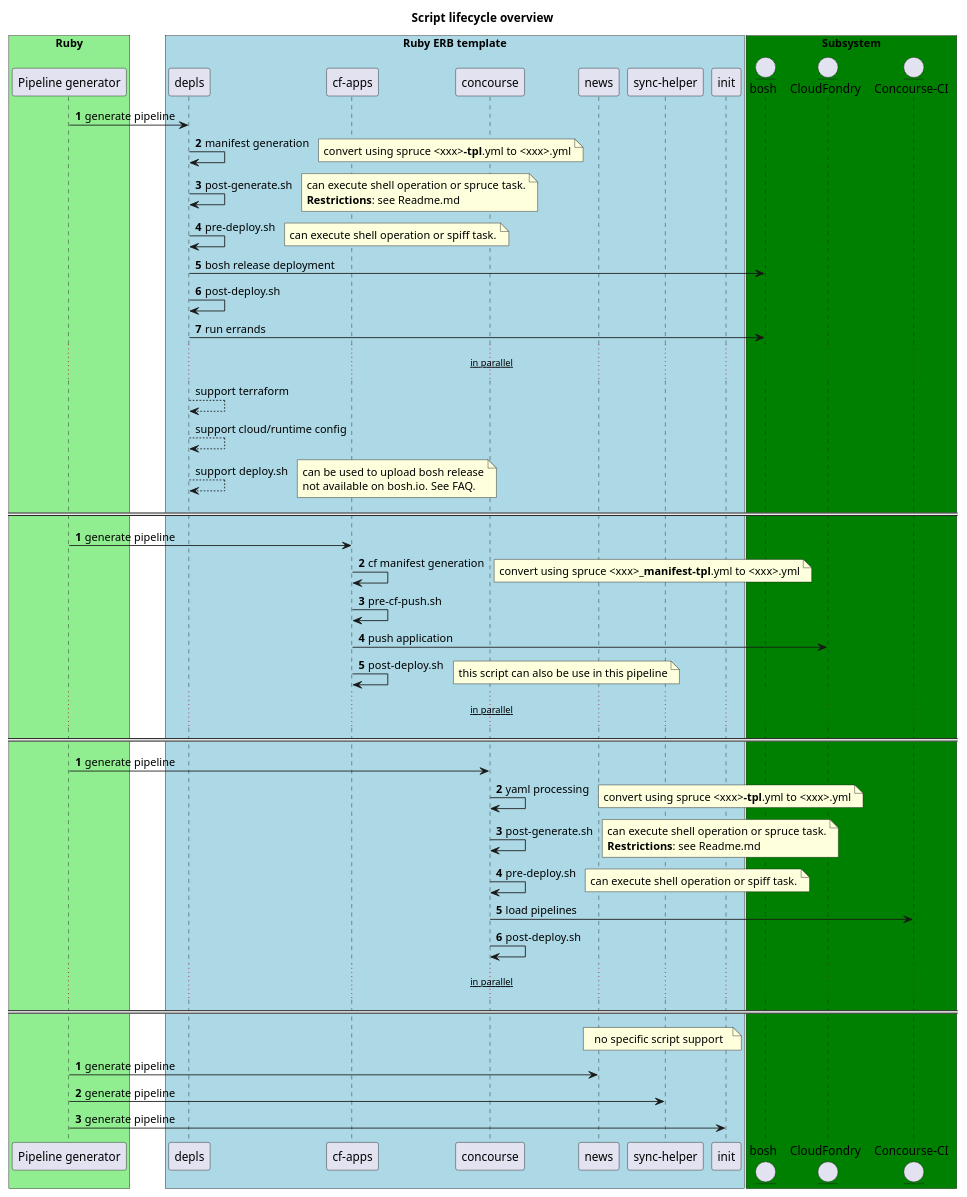
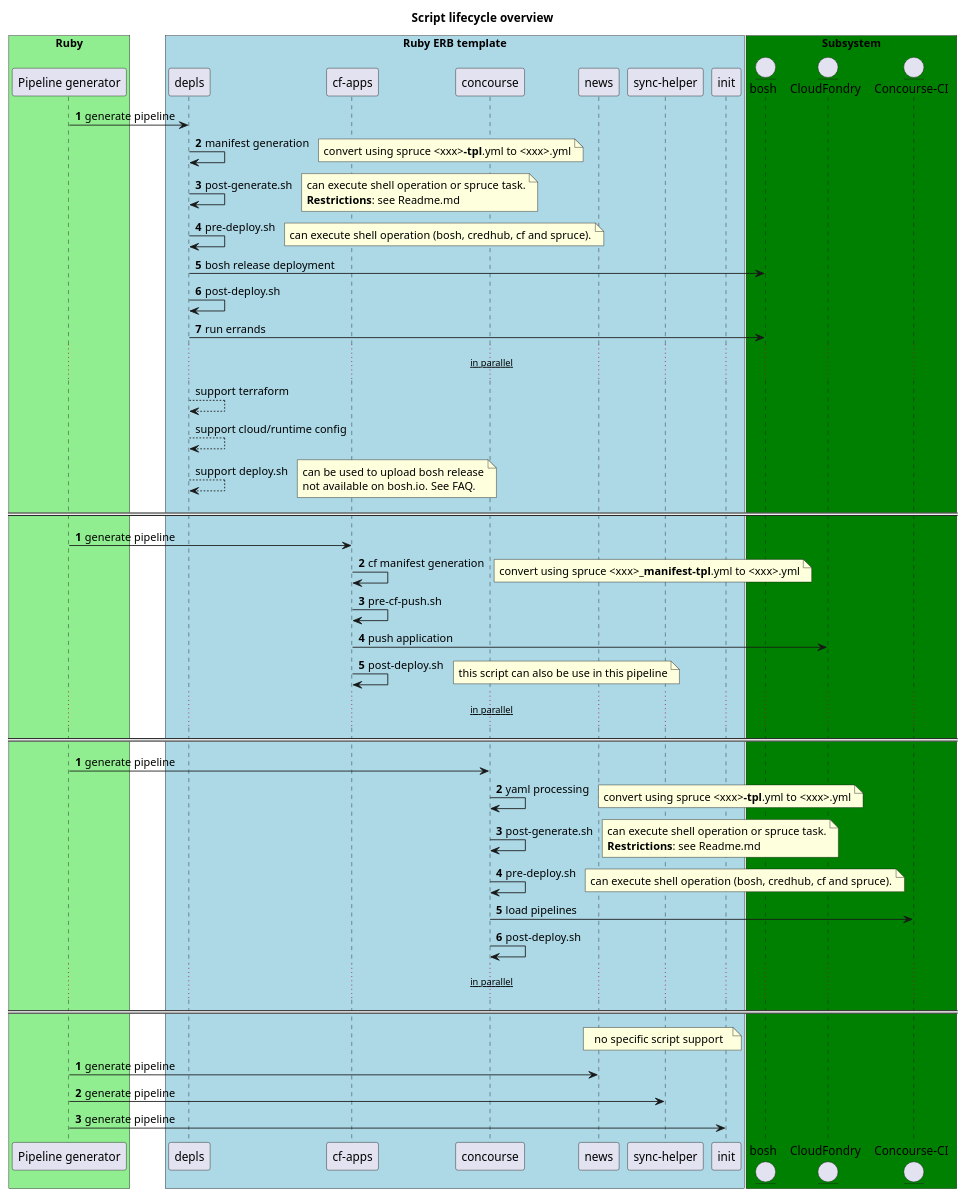
The diagram in docs/script-lifecycle-overview.puml (orange-cloudfoundry/cf-ops-automation), drawn with PlantUML before and after one commit. The commit also changed 9 other files, not shown here.

```diff
--- a/docs/script-lifecycle-overview.puml
+++ b/docs/script-lifecycle-overview.puml
@@ -1,94 +1,94 @@
 @startuml
 title
  Script lifecycle overview
 end title
 box "Ruby" #LightGreen
 	participant "Pipeline generator" as generator
 end box
 
 box "Ruby ERB template" #LightBlue
 	participant depls
 	participant "cf-apps"
 	participant concourse
 	participant news
 	participant "sync-helper"
 	participant init
 end box
 
 box "Subsystem" #Green
 	entity bosh
 	entity CloudFondry as CF
 	entity "Concourse-CI" as CI
 end box
 autonumber
 
 generator -> depls: generate pipeline
 depls -> depls: manifest generation
     note right: convert using spruce <xxx>**-tpl**.yml to <xxx>.yml
  
 depls -> depls: post-generate.sh
     note right
      can execute shell operation or spruce task.
      **Restrictions**: see Readme.md
     end note
 depls -> depls:  pre-deploy.sh
-    note right: can execute shell operation or spiff task.
+    note right: can execute shell operation (bosh, credhub, cf and spruce).
 
 depls -> bosh: bosh release deployment
 depls -> depls: post-deploy.sh
 depls -> bosh: run errands
 ... ~~in parallel~~ ...
 autonumber stop
 depls --> depls: support terraform
 depls --> depls: support cloud/runtime config
 depls --> depls: support deploy.sh
     note right
         can be used to upload bosh release
         not available on bosh.io. See FAQ.
     end note
 
 == ==
 autonumber 1
 
 generator -> "cf-apps": generate pipeline
 "cf-apps" -> "cf-apps": cf manifest generation
     note right: convert using spruce <xxx>**_manifest-tpl**.yml to <xxx>.yml
 "cf-apps" -> "cf-apps": pre-cf-push.sh
 "cf-apps" -> CF: push application
 "cf-apps" -> "cf-apps": post-deploy.sh
     note right: this script can also be use in this pipeline
 autonumber stop
 ... ~~in parallel~~ ...
 
 == ==
 autonumber 1
 
 generator -> concourse: generate pipeline
 concourse -> concourse: yaml processing
     note right: convert using spruce <xxx>**-tpl**.yml to <xxx>.yml
  
 concourse -> concourse: post-generate.sh
     note right
      can execute shell operation or spruce task.
      **Restrictions**: see Readme.md
     end note
 concourse -> concourse:  pre-deploy.sh
-    note right: can execute shell operation or spiff task.
+    note right: can execute shell operation (bosh, credhub, cf and spruce).
 
 concourse -> CI: load pipelines
 concourse -> concourse: post-deploy.sh
 ... ~~in parallel~~ ...
 autonumber stop
 
 
 == ==
 autonumber 1
     note over news, init
         no specific script support
     end note
 generator -> news: generate pipeline
 generator -> "sync-helper": generate pipeline
 generator -> "init": generate pipeline
 
 
 @enduml
```
